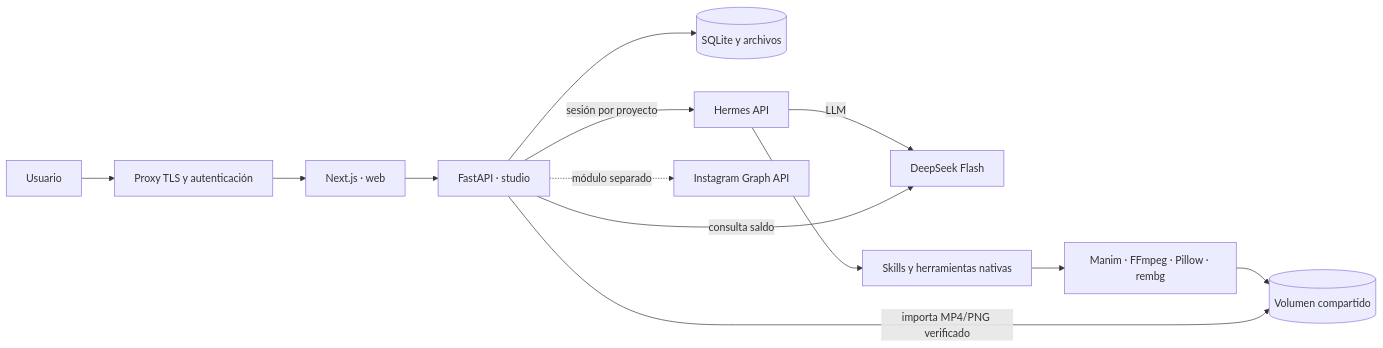
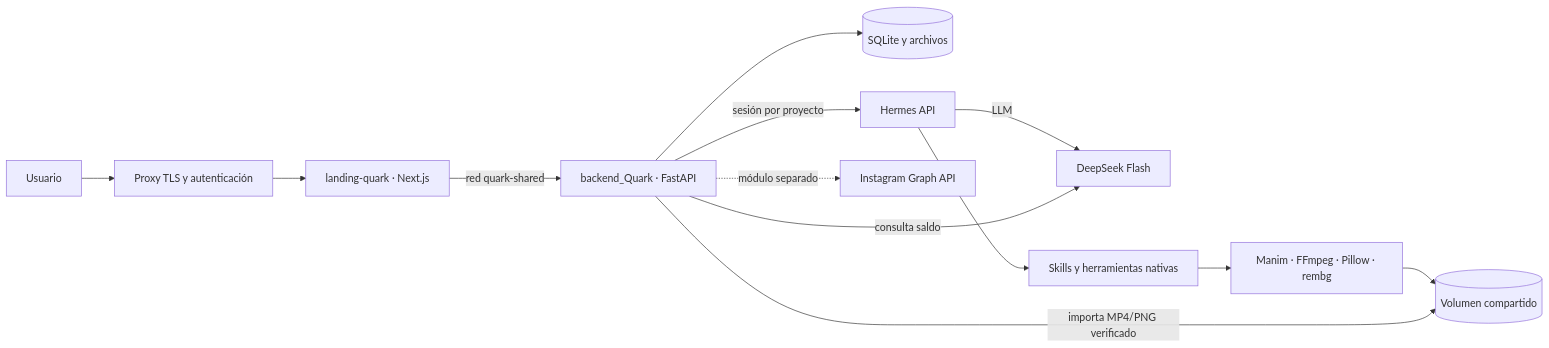
The diagram in ARQUITECTURA.md (Matias-Ibanez/backend_Quark), drawn with Mermaid before and after one commit. The commit also changed other lines of this file and 8 other files, not shown here.

Commit message:
refactor(stack): separate frontend into landing-quark

````diff
--- a/ARQUITECTURA.md
+++ b/ARQUITECTURA.md
@@ -3,15 +3,15 @@
 ```mermaid
 flowchart LR
     U[Usuario] --> TLS[Proxy TLS y autenticación]
-    TLS --> WEB[Next.js · web]
-    WEB --> API[FastAPI · studio]
+    TLS --> WEB[landing-quark · Next.js]
+    WEB -->|red quark-shared| API[backend_Quark · FastAPI]
     API --> DB[(SQLite y archivos)]
     API -->|sesión por proyecto| H[Hermes API]
     H -->|LLM| D[DeepSeek Flash]
     H --> SK[Skills y herramientas nativas]
     SK --> M[Manim · FFmpeg · Pillow · rembg]
     M --> V[(Volumen compartido)]
     API -->|importa MP4/PNG verificado| V
     API -->|consulta saldo| D
     API -. módulo separado .-> IG[Instagram Graph API]
 ```
````
